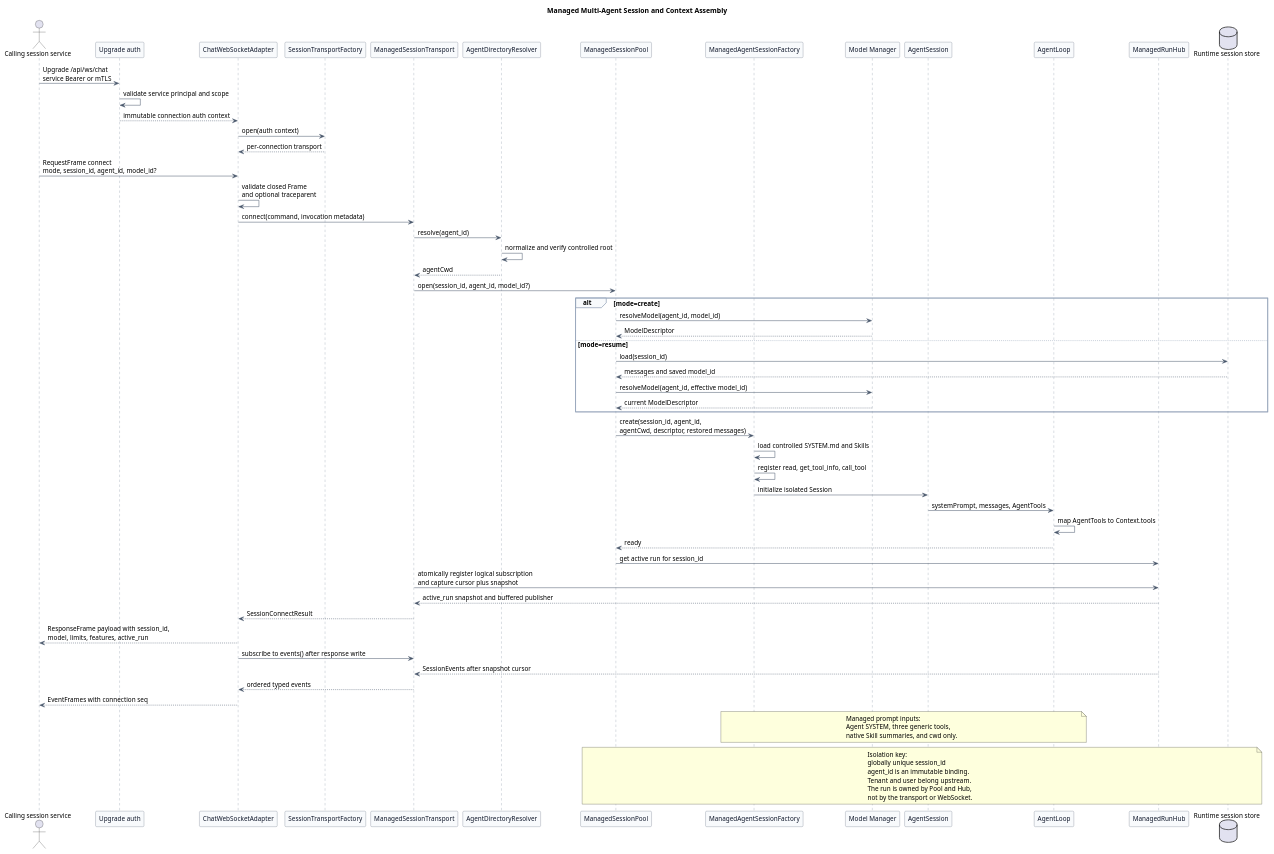
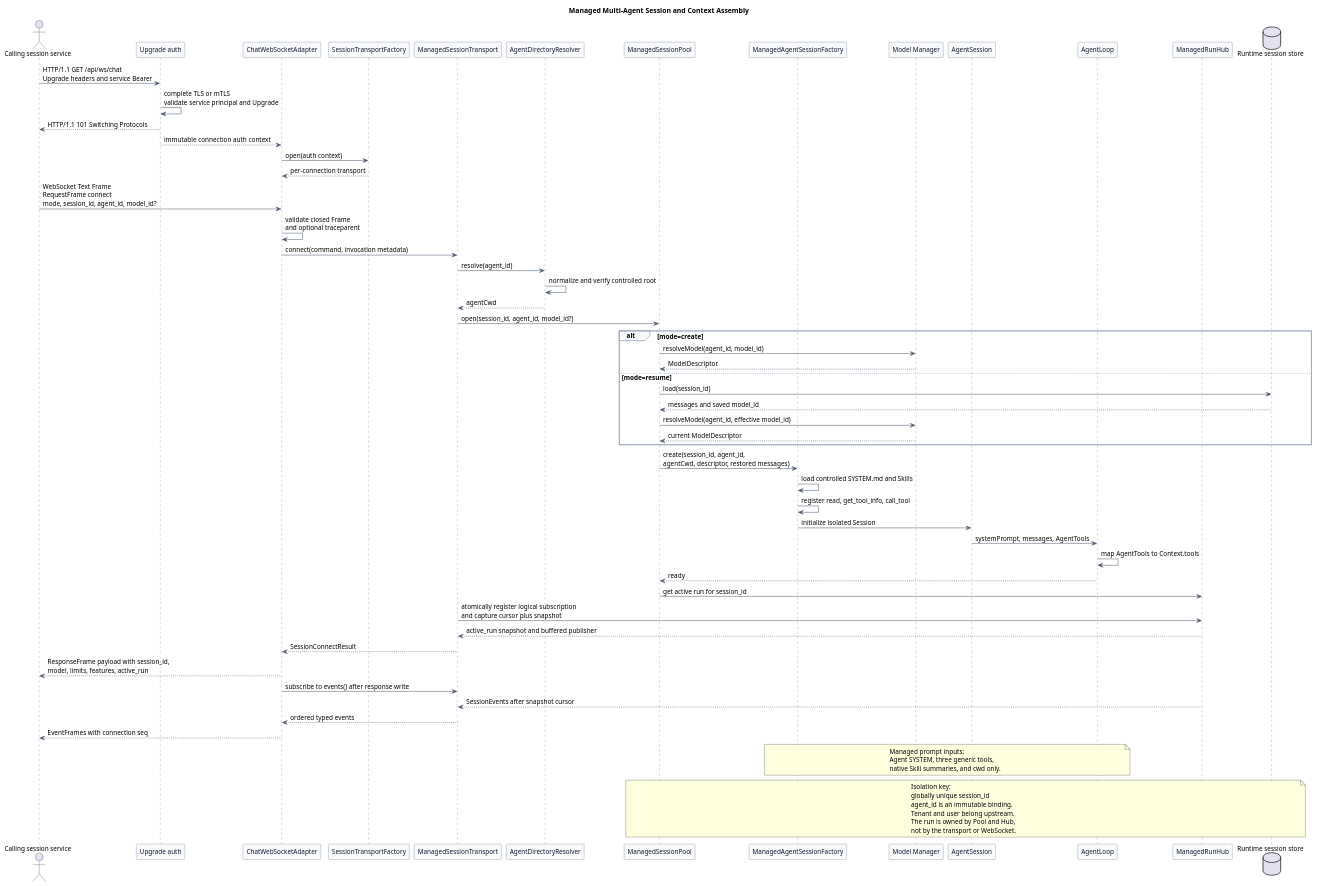
Before and after one commit to superheromeZzh/pi-mono-java-design: the second of 6 diagrams in pi-mono-java-manager-driven-multi-agent-runtime/diagram.puml, drawn with PlantUML. The commit also changed other lines of this file and 12 other files, not shown here.

Commit message:
docs(ws): clarify HTTP upgrade boundary

```diff
--- a/pi-mono-java-manager-driven-multi-agent-runtime/diagram.puml
+++ b/pi-mono-java-manager-driven-multi-agent-runtime/diagram.puml
@@ -77,103 +77,105 @@
 @startuml managed_session_context_assembly
 title Managed Multi-Agent Session and Context Assembly
 
 ' Source evidence:
 ' pi-mono packages/ai/src/types.ts: Context
 ' pi-mono packages/coding-agent/src/core/system-prompt.ts: buildSystemPrompt
 ' pi-mono-java modules/coding-agent-cli/src/main/java/com/campusclaw/codingagent/session/AgentSession.java: initialize
 ' pi-mono-java modules/coding-agent-cli/src/main/java/com/campusclaw/codingagent/mode/server/SessionPool.java: getOrCreate
 ' pi-mono-java modules/coding-agent-cli/src/main/java/com/campusclaw/codingagent/mode/server/ServerMode.java: websocket route
 ' pi-mono-java modules/coding-agent-cli/src/main/java/com/campusclaw/codingagent/mode/server/ChatWebSocketHandler.java: handle
 ' pi-mono-java modules/agent-core/src/main/java/com/campusclaw/agent/loop/AgentLoop.java: invokeModel, toLlmTools
 ' Observed behavior: Java currently reads conversation_id during Upgrade and uses one base cwd.
 ' Java divergence: v2 authenticates Upgrade and maps closed Frames to a server-side SessionTransport.
 ' Architecture change: ManagedSessionTransport owns logical connection state; WebSocket is an adapter.
 ' Target design: globally unique session_id is the only SessionPool key; tenant and user stay upstream.
+' Target design: HTTP Upgrade and the first connect RequestFrame are separate protocol phases.
 ' Design reason: isolate prompt, model, tool, persistence, and run recovery across Agents.
 
 skinparam backgroundColor #FFFFFF
 skinparam shadowing false
 skinparam defaultFontName Arial
 skinparam defaultFontSize 13
 skinparam participant {
   BackgroundColor #F8FAFC
   BorderColor #475569
   FontColor #0F172A
 }
 skinparam ArrowColor #475569
 skinparam sequence {
   LifeLineBorderColor #64748B
   LifeLineBackgroundColor #F8FAFC
   GroupBorderColor #94A3B8
   GroupBackgroundColor #F8FAFC
 }
 
 actor "Calling session service" as Client
 participant "Upgrade auth" as Auth
 participant "ChatWebSocketAdapter" as WS
 participant "SessionTransportFactory" as TransportFactory
 participant "ManagedSessionTransport" as Transport
 participant "AgentDirectoryResolver" as Resolver
 participant "ManagedSessionPool" as Pool
 participant "ManagedAgentSessionFactory" as Factory
 participant "Model Manager" as ModelManager
 participant "AgentSession" as Session
 participant "AgentLoop" as Loop
 participant "ManagedRunHub" as Hub
 database "Runtime session store" as Store
 
-Client -> Auth : Upgrade /api/ws/chat\nservice Bearer or mTLS
-Auth -> Auth : validate service principal and scope
+Client -> Auth : HTTP/1.1 GET /api/ws/chat\nUpgrade headers and service Bearer
+Auth -> Auth : complete TLS or mTLS\nvalidate service principal and Upgrade
+Auth --> Client : HTTP/1.1 101 Switching Protocols
 Auth --> WS : immutable connection auth context
 WS -> TransportFactory : open(auth context)
 TransportFactory --> WS : per-connection transport
-Client -> WS : RequestFrame connect\nmode, session_id, agent_id, model_id?
+Client -> WS : WebSocket Text Frame\nRequestFrame connect\nmode, session_id, agent_id, model_id?
 WS -> WS : validate closed Frame\nand optional traceparent
 WS -> Transport : connect(command, invocation metadata)
 Transport -> Resolver : resolve(agent_id)
 Resolver -> Resolver : normalize and verify controlled root
 Resolver --> Transport : agentCwd
 Transport -> Pool : open(session_id, agent_id, model_id?)
 
 alt mode=create
   Pool -> ModelManager : resolveModel(agent_id, model_id)
   ModelManager --> Pool : ModelDescriptor
 else mode=resume
   Pool -> Store : load(session_id)
   Store --> Pool : messages and saved model_id
   Pool -> ModelManager : resolveModel(agent_id, effective model_id)
   ModelManager --> Pool : current ModelDescriptor
 end
 
 Pool -> Factory : create(session_id, agent_id,\nagentCwd, descriptor, restored messages)
 Factory -> Factory : load controlled SYSTEM.md and Skills
 Factory -> Factory : register read, get_tool_info, call_tool
 Factory -> Session : initialize isolated Session
 Session -> Loop : systemPrompt, messages, AgentTools
 Loop -> Loop : map AgentTools to Context.tools
 Loop --> Pool : ready
 Pool -> Hub : get active run for session_id
 Transport -> Hub : atomically register logical subscription\nand capture cursor plus snapshot
 Hub --> Transport : active_run snapshot and buffered publisher
 Transport --> WS : SessionConnectResult
 WS --> Client : ResponseFrame payload with session_id,\nmodel, limits, features, active_run
 WS -> Transport : subscribe to events() after response write
 Hub --> Transport : SessionEvents after snapshot cursor
 Transport --> WS : ordered typed events
 WS --> Client : EventFrames with connection seq
 
 note over Factory,Loop
 Managed prompt inputs:
 Agent SYSTEM, three generic tools,
 native Skill summaries, and cwd only.
 end note
 
 note over Pool,Store
 Isolation key:
 globally unique session_id
 agent_id is an immutable binding.
 Tenant and user belong upstream.
 The run is owned by Pool and Hub,
 not by the transport or WebSocket.
 end note
 @enduml
```
